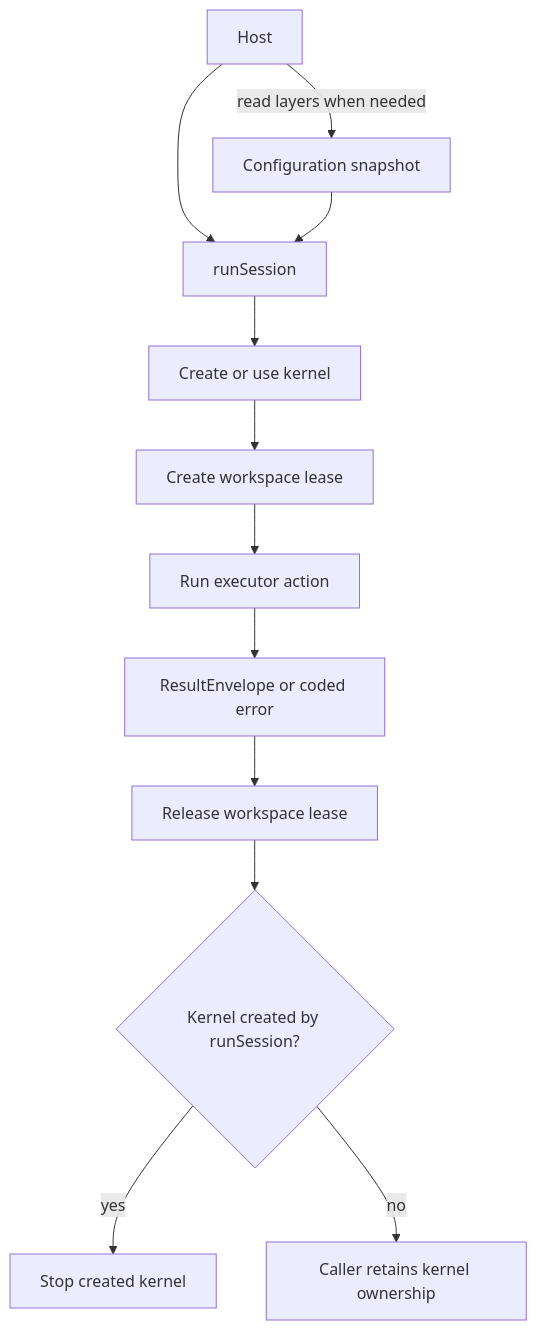
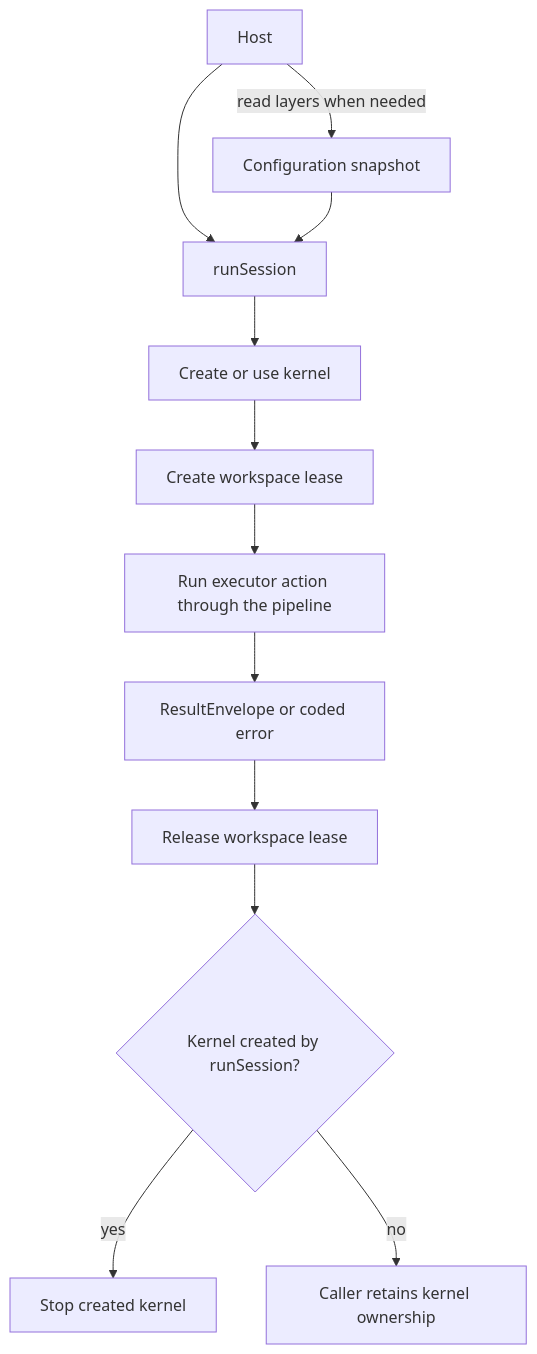
The first of 2 diagrams in docs-site/docs/explanation/architecture.md (SKANL/brambo), drawn with Mermaid before and after one commit. The commit also changed other lines of this file and 15 other files, not shown here.

````diff
--- a/docs-site/docs/explanation/architecture.md
+++ b/docs-site/docs/explanation/architecture.md
@@ -53,16 +50,16 @@
 ```mermaid
 flowchart TD
   accTitle: Session lifecycle
   accDescr: A host loads configuration and calls runSession, which composes a kernel, leases a workspace, executes an adapter action, then releases the lease and stops only an internally created kernel.
   Host -->|read layers when needed| Config[Configuration snapshot]
   Host --> Run[runSession]
   Config --> Run
   Run --> Kernel[Create or use kernel]
   Kernel --> Lease[Create workspace lease]
-  Lease --> Action[Run executor action]
+  Lease --> Action[Run executor action through the pipeline]
   Action --> Result[ResultEnvelope or coded error]
   Result --> Release[Release workspace lease]
   Release --> Ownership{Kernel created by runSession?}
   Ownership -->|yes| Stop[Stop created kernel]
   Ownership -->|no| Caller[Caller retains kernel ownership]
 ```
````
